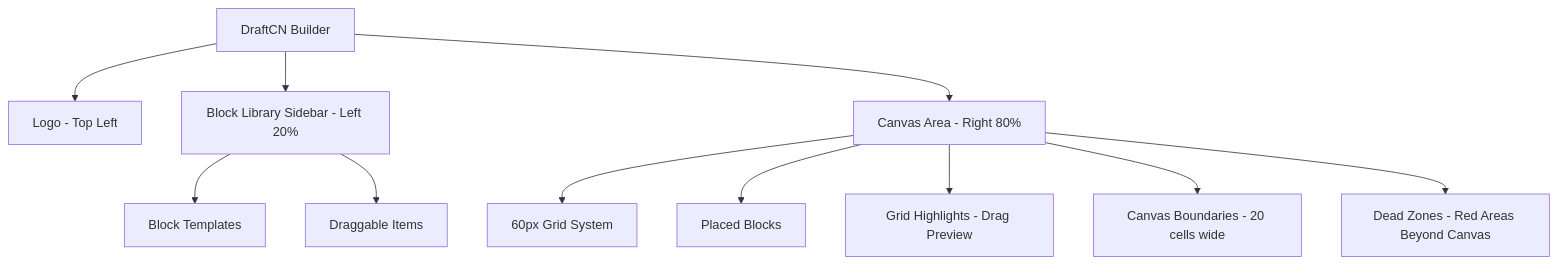
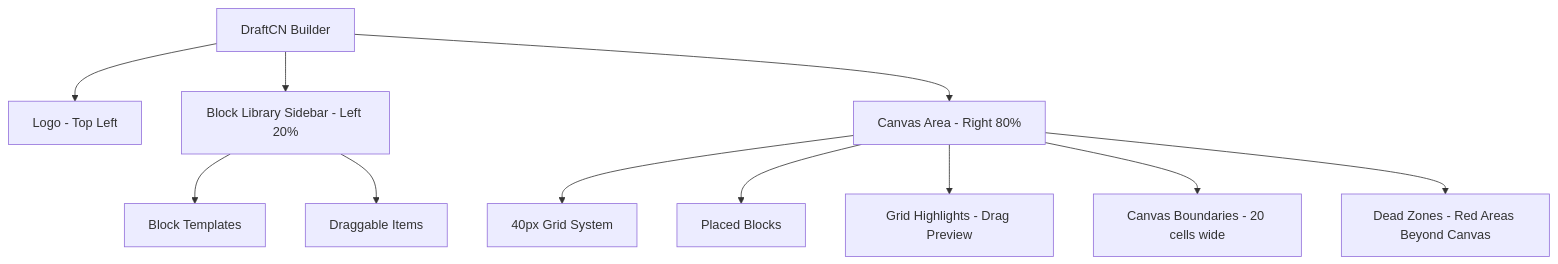
Before and after one commit to litkeys/DraftCN: the first of 5 diagrams in docs/front-end-spec.md, drawn with Mermaid. The commit also changed other lines of this file and 26 other files, not shown here.

````diff
--- a/docs/front-end-spec.md
+++ b/docs/front-end-spec.md
@@ -41,15 +41,15 @@
 ```mermaid
 graph TD
     A[DraftCN Builder] --> B[Logo - Top Left]
     A --> C[Block Library Sidebar - Left 20%]
     A --> D[Canvas Area - Right 80%]
 
     C --> C1[Block Templates]
     C --> C2[Draggable Items]
 
-    D --> D1[60px Grid System]
+    D --> D1[40px Grid System]
     D --> D2[Placed Blocks]
     D --> D3[Grid Highlights - Drag Preview]
     D --> D4[Canvas Boundaries - 20 cells wide]
     D --> D5[Dead Zones - Red Areas Beyond Canvas]
 ```
````
